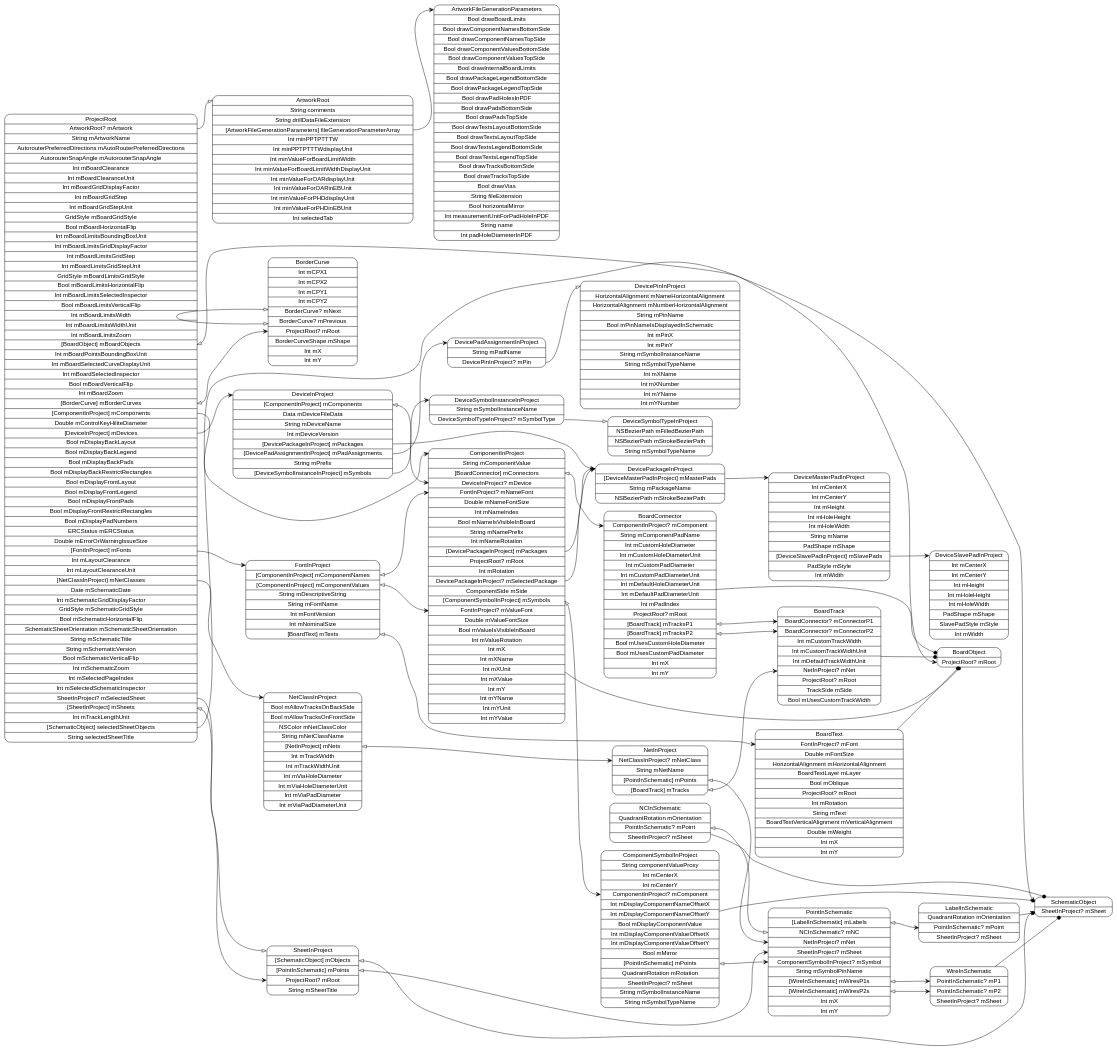
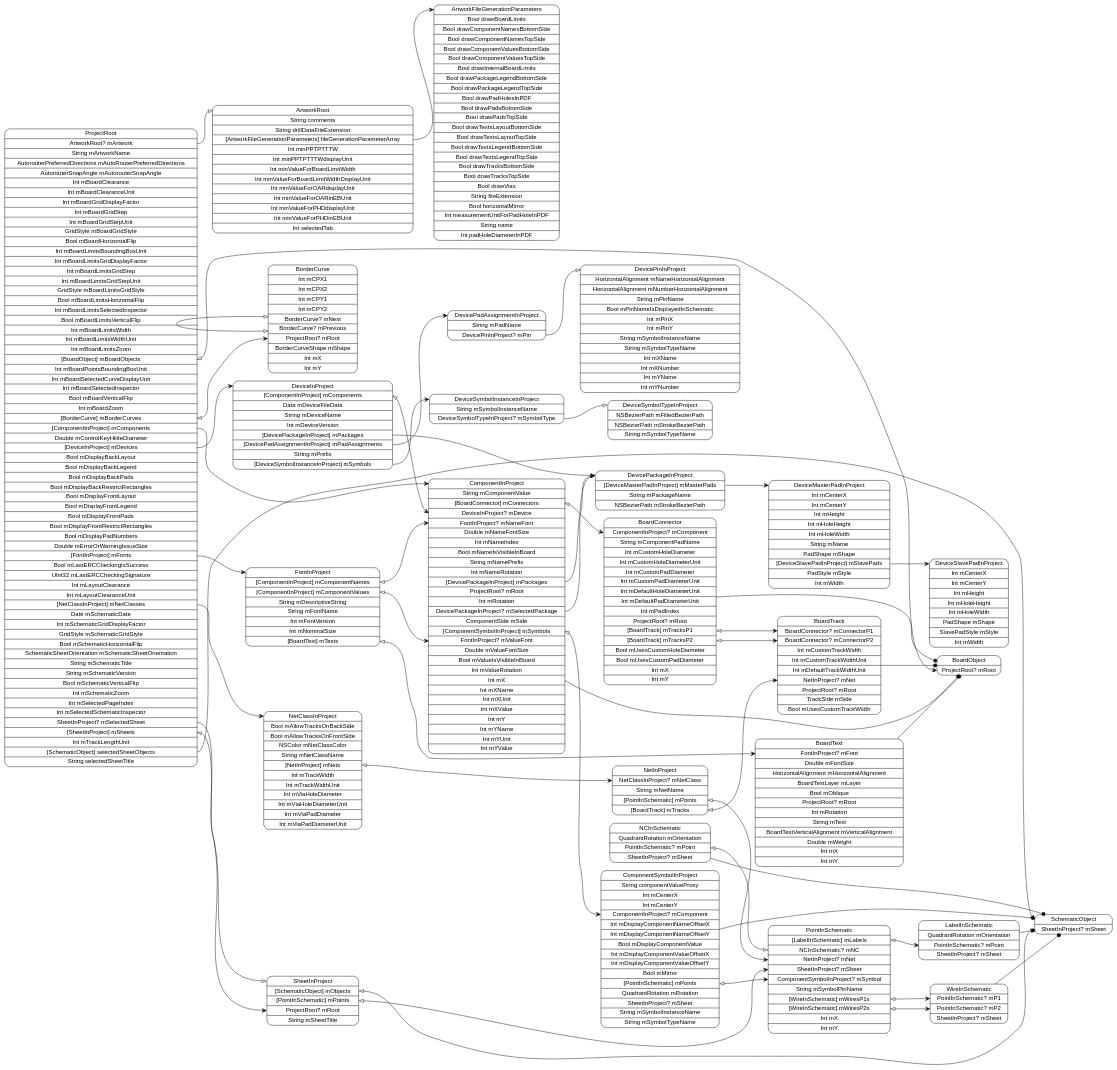
The diagram in models/ProjectRoot.dot (pierremolinaro/ElCanari-dev), drawn with Graphviz before and after one commit. The commit also changed 51 other files, not shown here.

```diff
--- a/models/ProjectRoot.dot
+++ b/models/ProjectRoot.dot
@@ -1,7 +1,7 @@
 digraph G {
   rankdir=LR ;
   node [shape=record fontname=helvetica style=rounded] ;
-  ProjectRoot[label="<ProjectRoot>ProjectRoot|<mArtwork>ArtworkRoot? mArtwork|String mArtworkName|AutorouterPreferredDirections mAutoRouterPreferredDirections|AutorouterSnapAngle mAutorouterSnapAngle|Int mBoardClearance|Int mBoardClearanceUnit|Int mBoardGridDisplayFactor|Int mBoardGridStep|Int mBoardGridStepUnit|GridStyle mBoardGridStyle|Bool mBoardHorizontalFlip|Int mBoardLimitsBoundingBoxUnit|Int mBoardLimitsGridDisplayFactor|Int mBoardLimitsGridStep|Int mBoardLimitsGridStepUnit|GridStyle mBoardLimitsGridStyle|Bool mBoardLimitsHorizontalFlip|Int mBoardLimitsSelectedInspector|Bool mBoardLimitsVerticalFlip|Int mBoardLimitsWidth|Int mBoardLimitsWidthUnit|Int mBoardLimitsZoom|<mBoardObjects>[BoardObject] mBoardObjects|Int mBoardPointsBoundingBoxUnit|Int mBoardSelectedCurveDisplayUnit|Int mBoardSelectedInspector|Bool mBoardVerticalFlip|Int mBoardZoom|<mBorderCurves>[BorderCurve] mBorderCurves|<mComponents>[ComponentInProject] mComponents|Double mControlKeyHiliteDiameter|<mDevices>[DeviceInProject] mDevices|Bool mDisplayBackLayout|Bool mDisplayBackLegend|Bool mDisplayBackPads|Bool mDisplayBackRestrictRectangles|Bool mDisplayFrontLayout|Bool mDisplayFrontLegend|Bool mDisplayFrontPads|Bool mDisplayFrontRestrictRectangles|Bool mDisplayPadNumbers|ERCStatus mERCStatus|Double mErrorOrWarningIssueSize|<mFonts>[FontInProject] mFonts|Int mLayoutClearance|Int mLayoutClearanceUnit|<mNetClasses>[NetClassInProject] mNetClasses|Date mSchematicDate|Int mSchematicGridDisplayFactor|GridStyle mSchematicGridStyle|Bool mSchematicHorizontalFlip|SchematicSheetOrientation mSchematicSheetOrientation|String mSchematicTitle|String mSchematicVersion|Bool mSchematicVerticalFlip|Int mSchematicZoom|Int mSelectedPageIndex|Int mSelectedSchematicInspector|<mSelectedSheet>SheetInProject? mSelectedSheet|<mSheets>[SheetInProject] mSheets|Int mTrackLengthUnit|<selectedSheetObjects>[SchematicObject] selectedSheetObjects|String selectedSheetTitle"] ;
+  ProjectRoot[label="<ProjectRoot>ProjectRoot|<mArtwork>ArtworkRoot? mArtwork|String mArtworkName|AutorouterPreferredDirections mAutoRouterPreferredDirections|AutorouterSnapAngle mAutorouterSnapAngle|Int mBoardClearance|Int mBoardClearanceUnit|Int mBoardGridDisplayFactor|Int mBoardGridStep|Int mBoardGridStepUnit|GridStyle mBoardGridStyle|Bool mBoardHorizontalFlip|Int mBoardLimitsBoundingBoxUnit|Int mBoardLimitsGridDisplayFactor|Int mBoardLimitsGridStep|Int mBoardLimitsGridStepUnit|GridStyle mBoardLimitsGridStyle|Bool mBoardLimitsHorizontalFlip|Int mBoardLimitsSelectedInspector|Bool mBoardLimitsVerticalFlip|Int mBoardLimitsWidth|Int mBoardLimitsWidthUnit|Int mBoardLimitsZoom|<mBoardObjects>[BoardObject] mBoardObjects|Int mBoardPointsBoundingBoxUnit|Int mBoardSelectedCurveDisplayUnit|Int mBoardSelectedInspector|Bool mBoardVerticalFlip|Int mBoardZoom|<mBorderCurves>[BorderCurve] mBorderCurves|<mComponents>[ComponentInProject] mComponents|Double mControlKeyHiliteDiameter|<mDevices>[DeviceInProject] mDevices|Bool mDisplayBackLayout|Bool mDisplayBackLegend|Bool mDisplayBackPads|Bool mDisplayBackRestrictRectangles|Bool mDisplayFrontLayout|Bool mDisplayFrontLegend|Bool mDisplayFrontPads|Bool mDisplayFrontRestrictRectangles|Bool mDisplayPadNumbers|Double mErrorOrWarningIssueSize|<mFonts>[FontInProject] mFonts|Bool mLastERCCheckingIsSuccess|UInt32 mLastERCCheckingSignature|Int mLayoutClearance|Int mLayoutClearanceUnit|<mNetClasses>[NetClassInProject] mNetClasses|Date mSchematicDate|Int mSchematicGridDisplayFactor|GridStyle mSchematicGridStyle|Bool mSchematicHorizontalFlip|SchematicSheetOrientation mSchematicSheetOrientation|String mSchematicTitle|String mSchematicVersion|Bool mSchematicVerticalFlip|Int mSchematicZoom|Int mSelectedPageIndex|Int mSelectedSchematicInspector|<mSelectedSheet>SheetInProject? mSelectedSheet|<mSheets>[SheetInProject] mSheets|Int mTrackLengthUnit|<selectedSheetObjects>[SchematicObject] selectedSheetObjects|String selectedSheetTitle"] ;
   SchematicObject[label="<SchematicObject>SchematicObject|<mSheet>SheetInProject? mSheet"] ;
   SheetInProject[label="<SheetInProject>SheetInProject|<mObjects>[SchematicObject] mObjects|<mPoints>[PointInSchematic] mPoints|<mRoot>ProjectRoot? mRoot|String mSheetTitle"] ;
   PointInSchematic[label="<PointInSchematic>PointInSchematic|<mLabels>[LabelInSchematic] mLabels|<mNC>NCInSchematic? mNC|<mNet>NetInProject? mNet|<mSheet>SheetInProject? mSheet|<mSymbol>ComponentSymbolInProject? mSymbol|String mSymbolPinName|<mWiresP1s>[WireInSchematic] mWiresP1s|<mWiresP2s>[WireInSchematic] mWiresP2s|Int mX|Int mY"] ;
```
